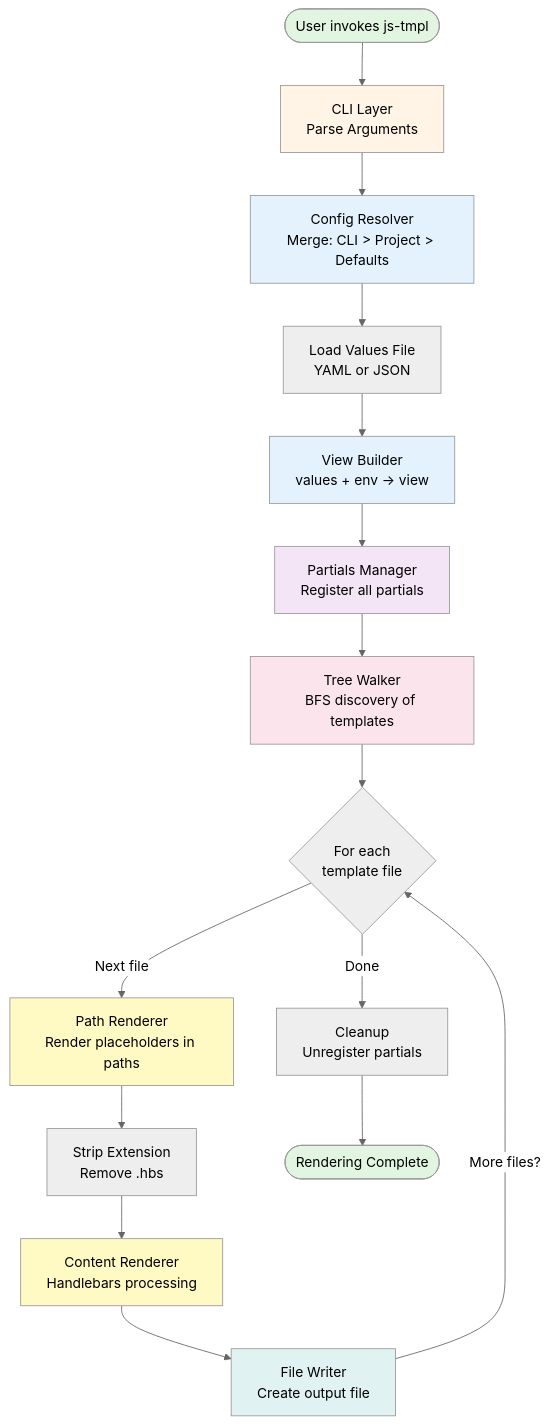
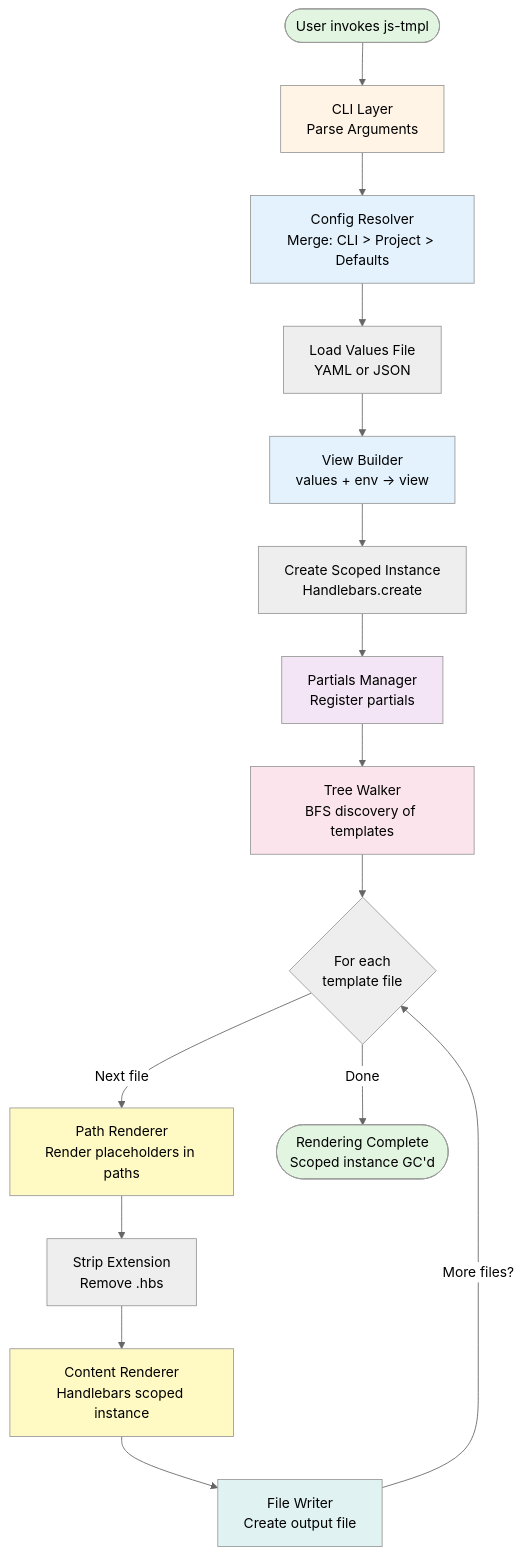
One commit to nci-gis/js-tmpl changed the first of 9 diagrams in docs/WORKFLOW.md. Above: the diagram before and after it, drawn with Mermaid (neutral theme). The commit also changed other lines of this file and 24 other files, not shown here.

````diff
--- a/docs/WORKFLOW.md
+++ b/docs/WORKFLOW.md
@@ -16,33 +16,33 @@
 ```mermaid
 graph TD
     Start([User invokes js-tmpl]) --> CLI[CLI Layer<br/>Parse Arguments]
     CLI --> ConfigResolve[Config Resolver<br/>Merge: CLI > Project > Defaults]
 
     ConfigResolve --> LoadValues[Load Values File<br/>YAML or JSON]
     LoadValues --> BuildView[View Builder<br/>values + env → view]
 
-    BuildView --> RegisterPartials[Partials Manager<br/>Register all partials]
+    BuildView --> CreateHbs[Create Scoped Instance<br/>Handlebars.create]
+    CreateHbs --> RegisterPartials[Partials Manager<br/>Register partials]
     RegisterPartials --> TreeWalk[Tree Walker<br/>BFS discovery of templates]
 
     TreeWalk --> ForEach{For each<br/>template file}
 
     ForEach -->|Next file| PathRender[Path Renderer<br/>Render placeholders in paths]
     PathRender --> StripExt[Strip Extension<br/>Remove .hbs]
-    StripExt --> ContentRender[Content Renderer<br/>Handlebars processing]
+    StripExt --> ContentRender[Content Renderer<br/>Handlebars scoped instance]
     ContentRender --> WriteFile[File Writer<br/>Create output file]
 
     WriteFile -->|More files?| ForEach
-    ForEach -->|Done| Cleanup[Cleanup<br/>Unregister partials]
-    Cleanup --> End([Rendering Complete])
+    ForEach -->|Done| End([Rendering Complete<br/>Scoped instance GC'd])
 
     style Start fill:#e1f5e1
     style End fill:#e1f5e1
     style CLI fill:#fff4e6
     style ConfigResolve fill:#e3f2fd
     style BuildView fill:#e3f2fd
     style RegisterPartials fill:#f3e5f5
     style TreeWalk fill:#fce4ec
     style PathRender fill:#fff9c4
     style ContentRender fill:#fff9c4
     style WriteFile fill:#e0f2f1
 ```
````
